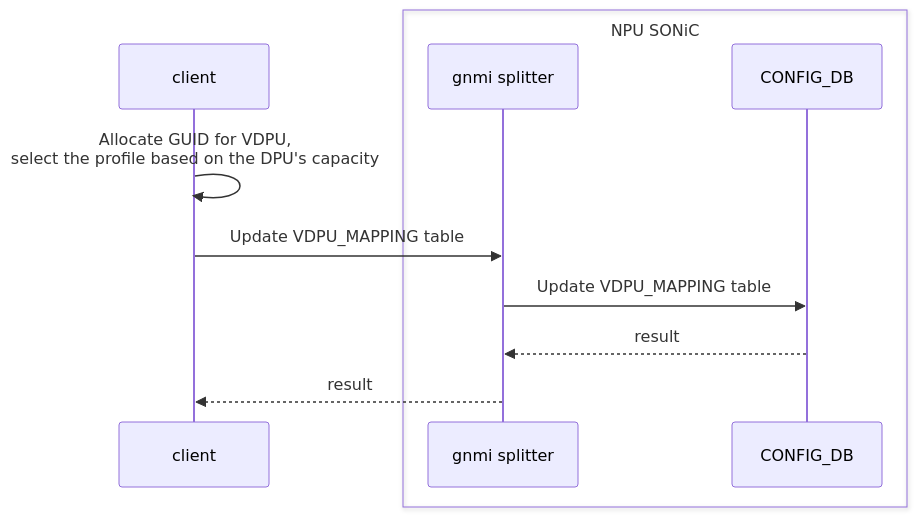
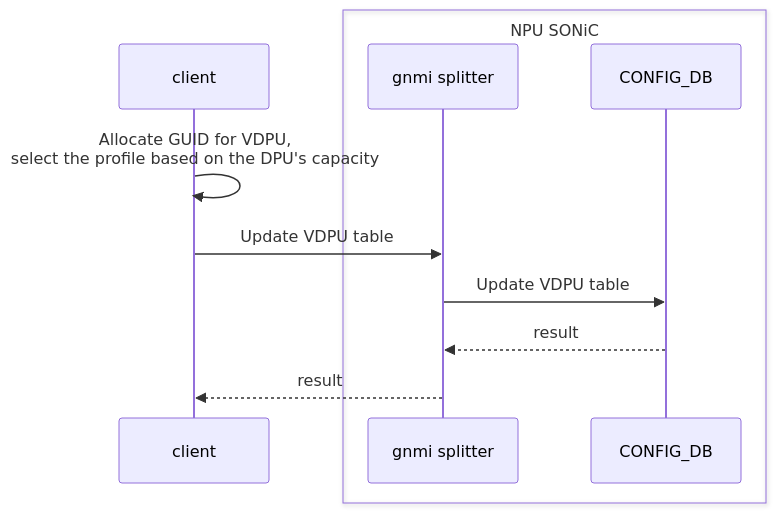
Before and after one commit to wen587/mermaid: the diagram in VDPU_MAPPING.md, drawn with Mermaid.

````diff
--- a/VDPU_MAPPING.md
+++ b/VDPU_MAPPING.md
@@ -1,13 +1,13 @@
 ```mermaid
 sequenceDiagram
     participant client
     box NPU SONiC
         participant gnmi splitter
         participant CONFIG_DB
     end
     client->>client: Allocate GUID for VDPU,<br>select the profile based on the DPU's capacity
-    client->>gnmi splitter: Update VDPU_MAPPING table
-    gnmi splitter->>CONFIG_DB: Update VDPU_MAPPING table
+    client->>gnmi splitter: Update VDPU table
+    gnmi splitter->>CONFIG_DB: Update VDPU table
     CONFIG_DB-->>gnmi splitter: result
     gnmi splitter-->>client: result
 ```
````
